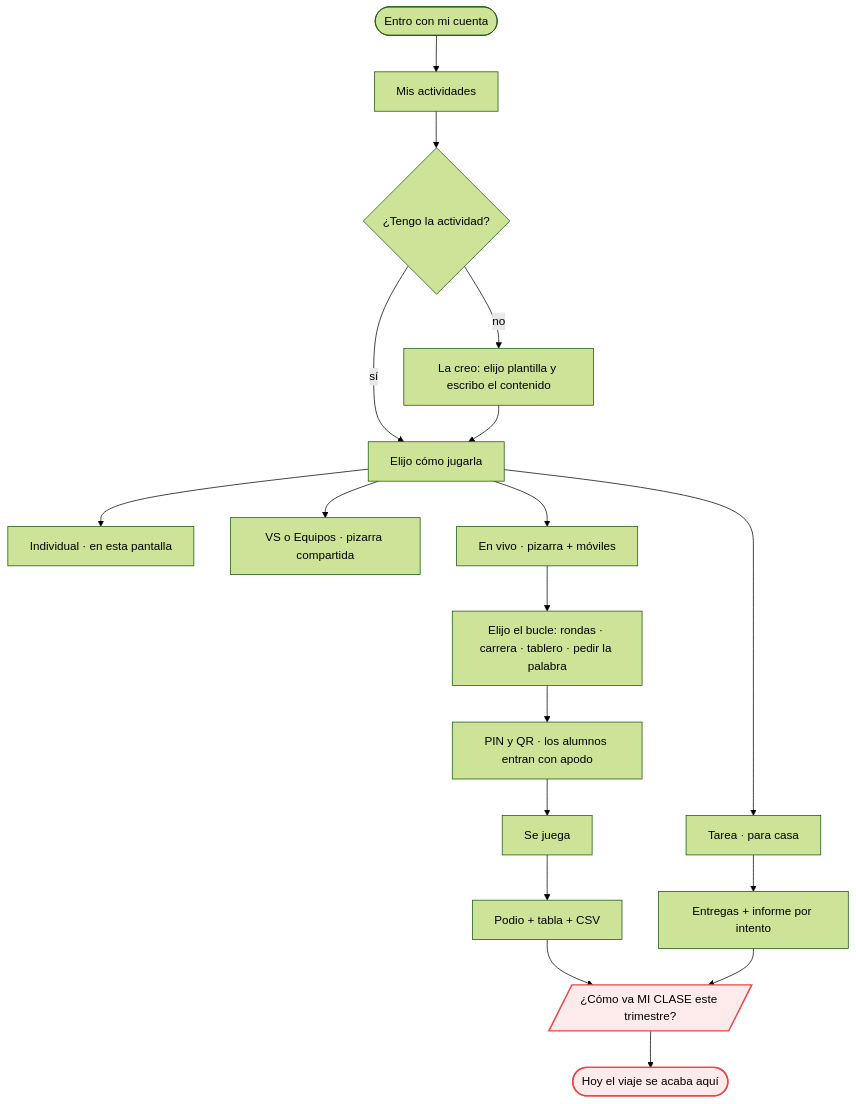
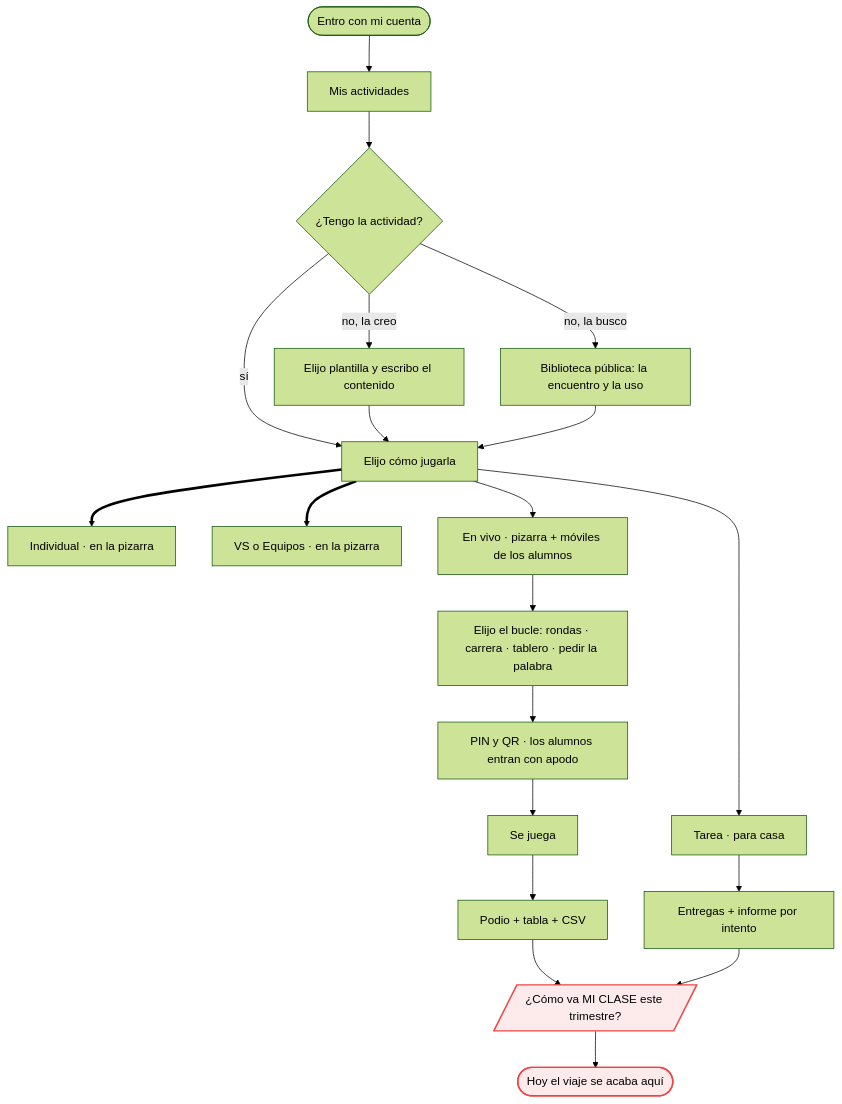
One commit to duecaz/ac changed the diagram in docs/norte.md. Above: the diagram before and after it, drawn with Mermaid (forest theme). The commit also changed other lines of this file and 5 other files, not shown here.

````diff
--- a/docs/norte.md
+++ b/docs/norte.md
@@ -90,23 +110,25 @@
 ```mermaid
 flowchart TD
   A([Entro con mi cuenta]) --> B[Mis actividades]
   B --> C{¿Tengo la actividad?}
-  C -- no --> D[La creo: elijo plantilla y escribo el contenido]
+  C -- no, la busco --> D2[Biblioteca pública: la encuentro y la uso]
+  C -- no, la creo --> D[Elijo plantilla y escribo el contenido]
   C -- sí --> E
   D --> E[Elijo cómo jugarla]
-  E --> F[Individual · en esta pantalla]
-  E --> G[VS o Equipos · pizarra compartida]
-  E --> H[En vivo · pizarra + móviles]
+  D2 --> E
+  E ==> F[Individual · en la pizarra]
+  E ==> G[VS o Equipos · en la pizarra]
+  E --> H[En vivo · pizarra + móviles de los alumnos]
   E --> I[Tarea · para casa]
   H --> J[Elijo el bucle: rondas · carrera · tablero · pedir la palabra]
   J --> K[PIN y QR · los alumnos entran con apodo]
   K --> L[Se juega]
   L --> M[Podio + tabla + CSV]
   I --> N[Entregas + informe por intento]
   M --> O[/¿Cómo va MI CLASE este trimestre?/]
   N --> O
   O --> P([Hoy el viaje se acaba aquí])
 
   style O fill:#fdeaea,stroke:#ef4444,stroke-width:2px
   style P fill:#fdeaea,stroke:#ef4444,stroke-width:2px
 ```
````
